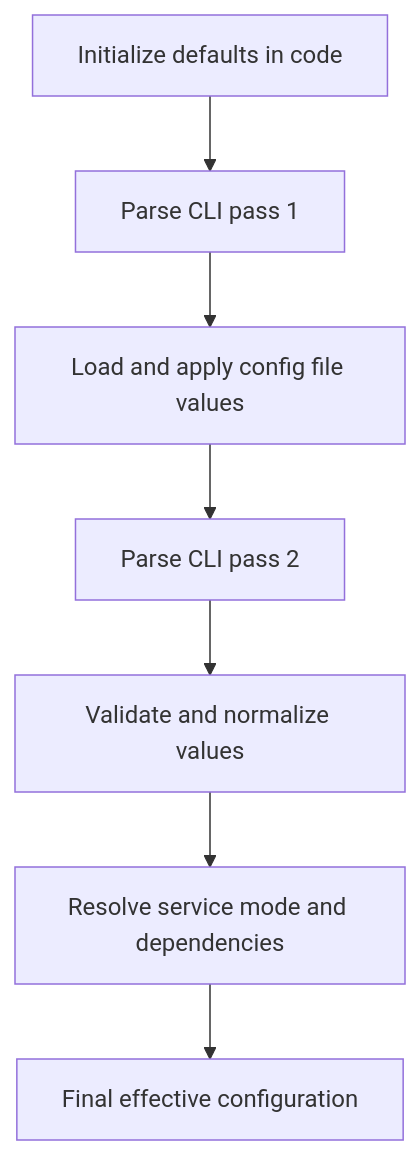
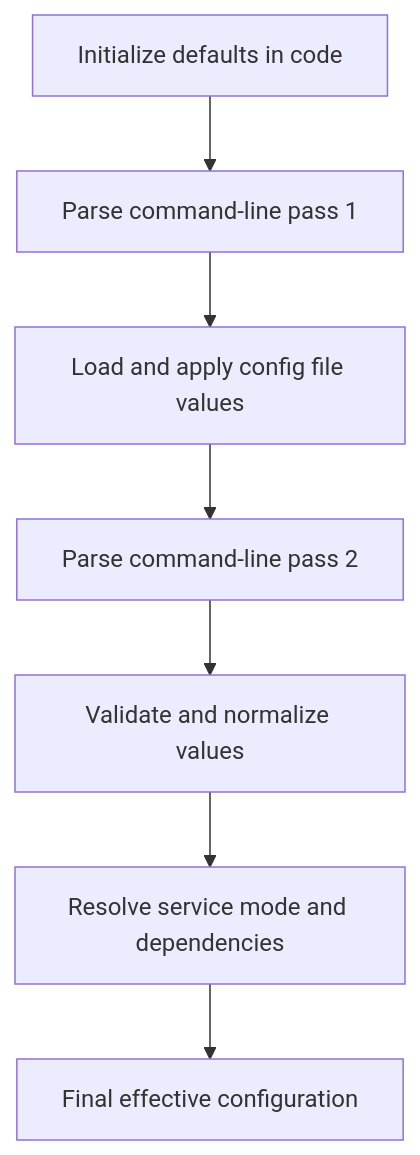
One commit to ibiscum/shairport-sync changed the diagram in documents/Shairport-Configuration-Precedence.md. Above: the diagram before and after it, drawn with Mermaid. The commit also changed other lines of this file and 20 other files, not shown here.

````diff
--- a/documents/Shairport-Configuration-Precedence.md
+++ b/documents/Shairport-Configuration-Precedence.md
@@ -26,9 +26,9 @@
 ```mermaid
 flowchart TD
-  A[Initialize defaults in code] --> B[Parse CLI pass 1]
+  A[Initialize defaults in code] --> B[Parse command-line pass 1]
   B --> C[Load and apply config file values]
-  C --> D[Parse CLI pass 2]
+  C --> D[Parse command-line pass 2]
   D --> E[Validate and normalize values]
   E --> F[Resolve service mode and dependencies]
   F --> G[Final effective configuration]
 ```
````
